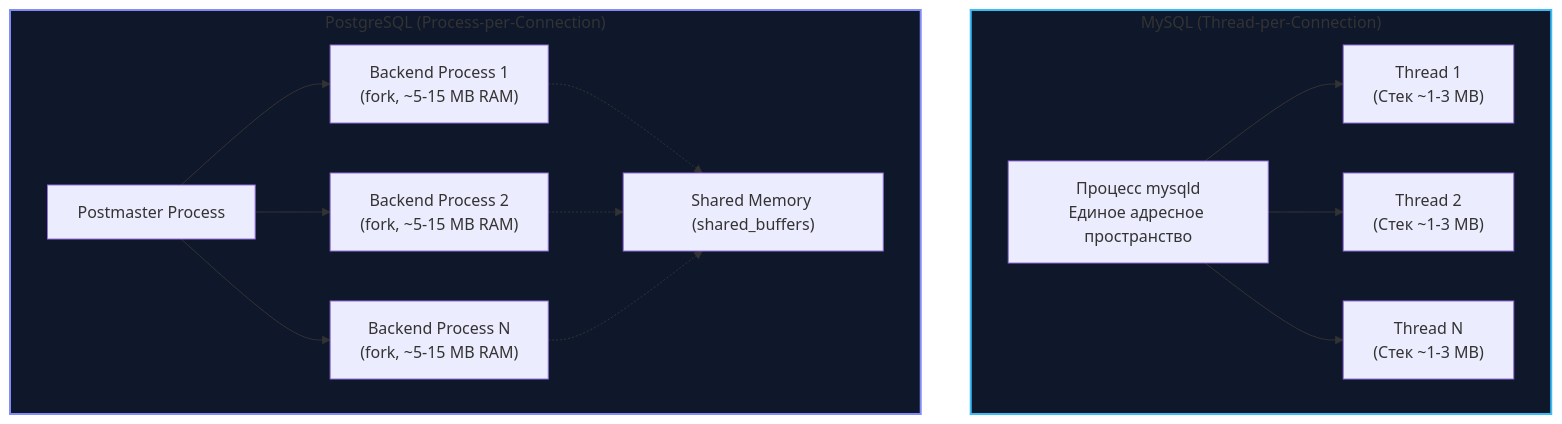
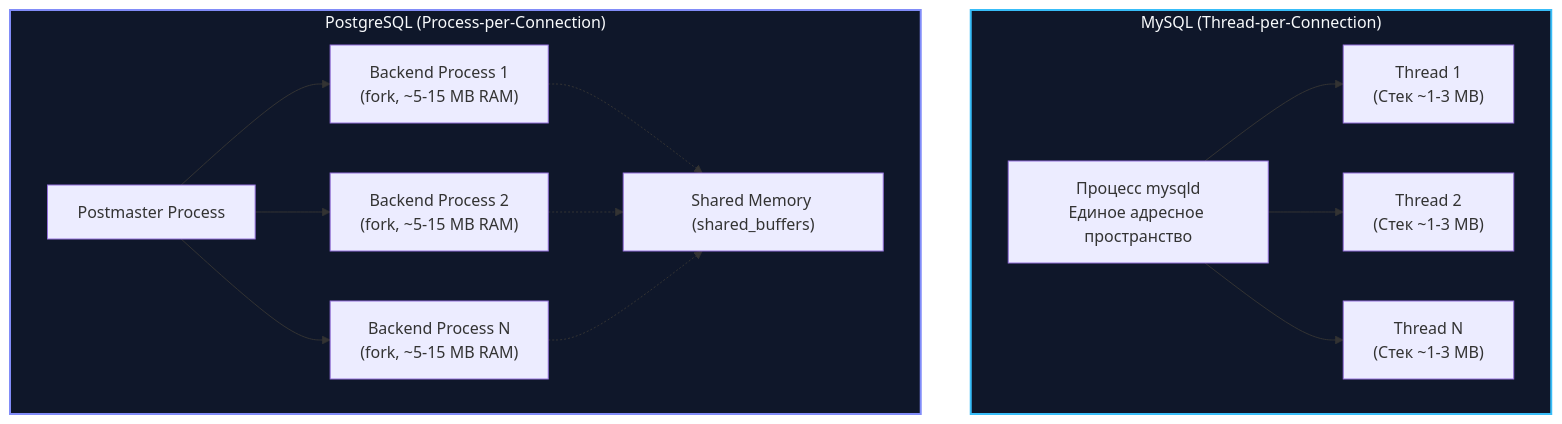
The first of 3 diagrams in sources/12. Базы данных/07. MySQL и форки/6. Отличия MySQL и PostgreSQL.md (UnrealTemplier/go-textbook), drawn with Mermaid before and after one commit. The commit also changed other lines of this file and 310 other files, not shown here.

First line of the commit message:
fix(mermaid): replace light fill colors with dark palette for readability on dark theme

````diff
--- a/sources/12. Базы данных/07. MySQL и форки/6. Отличия MySQL и PostgreSQL.md
+++ b/sources/12. Базы данных/07. MySQL и форки/6. Отличия MySQL и PostgreSQL.md
@@ -13,29 +13,29 @@
 ```mermaid
 flowchart TD
     subgraph MySQLArch ["MySQL (Thread-per-Connection)"]
         MySQLProc["Процесс mysqld<br>Единое адресное пространство"]
         T1["Thread 1<br>(Стек ~1-3 MB)"]
         T2["Thread 2<br>(Стек ~1-3 MB)"]
         T3["Thread N<br>(Стек ~1-3 MB)"]
         MySQLProc --> T1
         MySQLProc --> T2
         MySQLProc --> T3
     end
 
     subgraph PGArch ["PostgreSQL (Process-per-Connection)"]
         Postmaster["Postmaster Process"]
         P1["Backend Process 1<br>(fork, ~5-15 MB RAM)"]
         P2["Backend Process 2<br>(fork, ~5-15 MB RAM)"]
         P3["Backend Process N<br>(fork, ~5-15 MB RAM)"]
         SharedMem["Shared Memory (shared_buffers)"]
         Postmaster --> P1
         Postmaster --> P2
         Postmaster --> P3
         P1 -.-> SharedMem
         P2 -.-> SharedMem
         P3 -.-> SharedMem
     end
 
-    style MySQLArch fill:#0f172a,stroke:#38bdf8,stroke-width:2px
-    style PGArch fill:#0f172a,stroke:#818cf8,stroke-width:2px
+    style MySQLArch fill:#0f172a,stroke:#38bdf8,stroke-width:2px,color:#f8fafc
+    style PGArch fill:#0f172a,stroke:#818cf8,stroke-width:2px,color:#f8fafc
 ```
````
